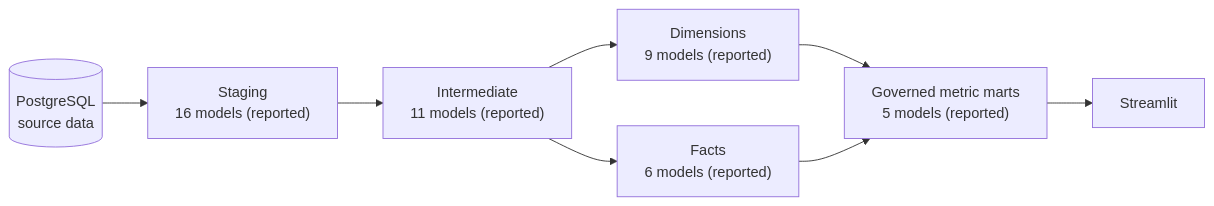
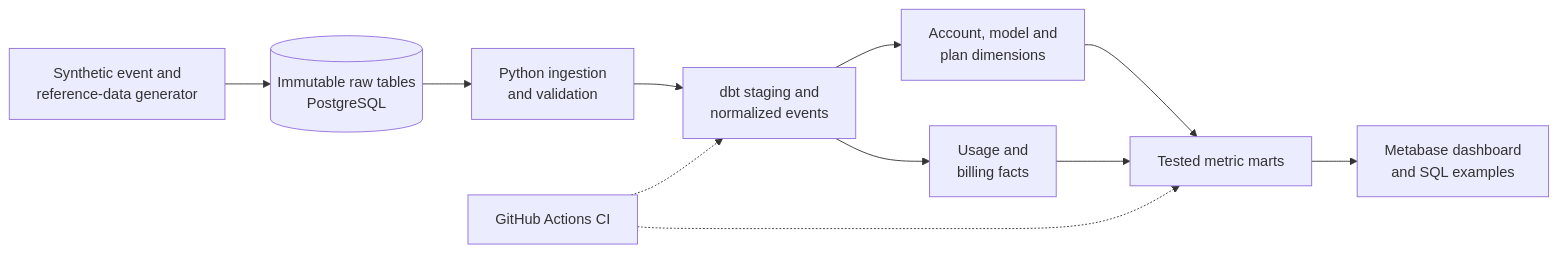
The diagram in README.md (Nachiketh-AE/marketplace-fulfillment-warehouse), drawn with Mermaid before and after one commit. The commit also changed other lines of this file, not shown here.

````diff
--- a/README.md
+++ b/README.md
@@ -134,10 +48,13 @@
 ```mermaid
 flowchart LR
-    SRC[("PostgreSQL<br/>source data")] --> STG["Staging<br/>16 models (reported)"]
-    STG --> INT["Intermediate<br/>11 models (reported)"]
-    INT --> DIM["Dimensions<br/>9 models (reported)"]
-    INT --> FACT["Facts<br/>6 models (reported)"]
-    DIM --> MART["Governed metric marts<br/>5 models (reported)"]
+    GEN["Synthetic event and<br/>reference-data generator"] --> RAW[("Immutable raw tables<br/>PostgreSQL")]
+    RAW --> ING["Python ingestion<br/>and validation"]
+    ING --> STG["dbt staging and<br/>normalized events"]
+    STG --> DIM["Account, model and<br/>plan dimensions"]
+    STG --> FACT["Usage and<br/>billing facts"]
+    DIM --> MART["Tested metric marts"]
     FACT --> MART
-    MART --> APP["Streamlit"]
+    MART --> MB["Metabase dashboard<br/>and SQL examples"]
+    CI["GitHub Actions CI"] -.-> STG
+    CI -.-> MART
 ```
````
